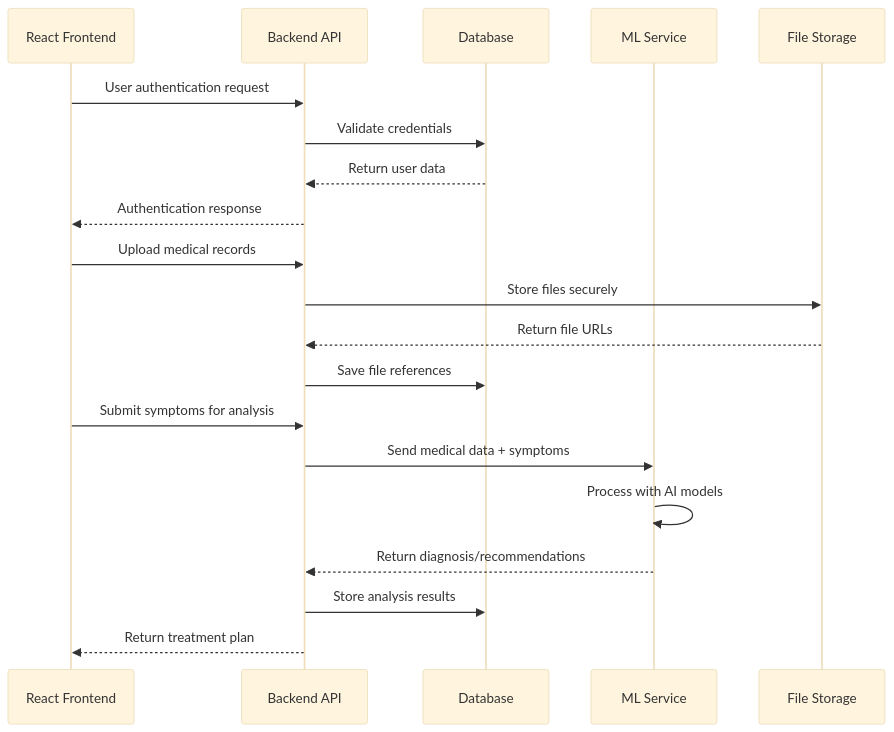
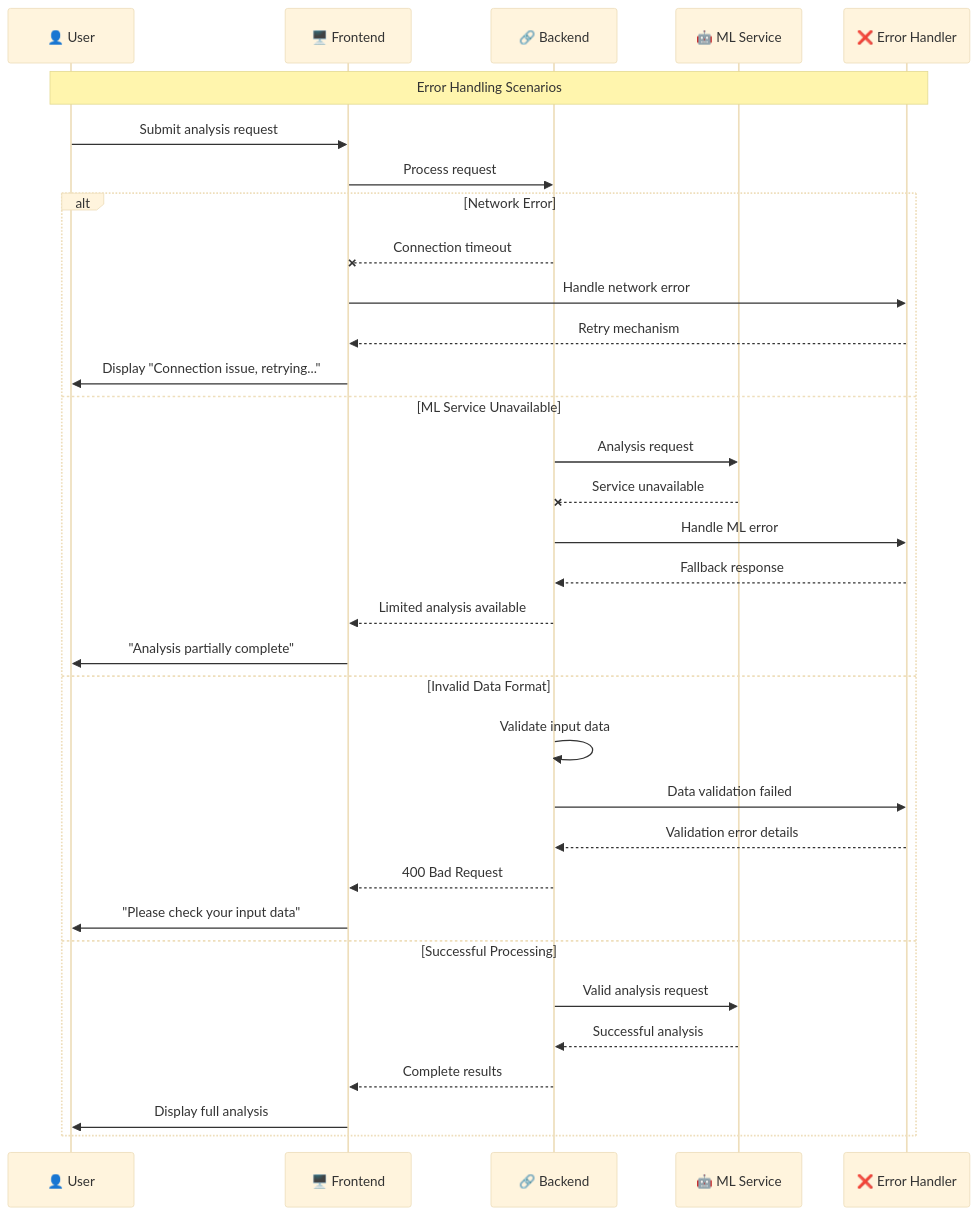
The sixth of 6 diagrams in docs/Sequence_Diagram.md (Shipra1605/health-ai-medicare-compass), drawn with Mermaid (base theme) before and after one commit. The commit also changed other lines of this file and 4 other files, not shown here.

First line of the commit message:
Refactor: Enhance diagrams for academic report

````diff
--- a/docs/Sequence_Diagram.md
+++ b/docs/Sequence_Diagram.md
@@ -85,25 +243,41 @@
 ```mermaid
 sequenceDiagram
-    participant UI as React Frontend
-    participant API as Backend API
-    participant DB as Database
-    participant ML as ML Service
-    participant FS as File Storage
+    participant U as 👤 User
+    participant FE as 🖥️ Frontend
+    participant API as 🔗 Backend
+    participant ML as 🤖 ML Service
+    participant ER as ❌ Error Handler
 
-    UI->>API: User authentication request
-    API->>DB: Validate credentials
-    DB-->>API: Return user data
-    API-->>UI: Authentication response
+    Note over U,ER: Error Handling Scenarios
     
-    UI->>API: Upload medical records
-    API->>FS: Store files securely
-    FS-->>API: Return file URLs
-    API->>DB: Save file references
+    U->>FE: Submit analysis request
+    FE->>API: Process request
     
-    UI->>API: Submit symptoms for analysis
-    API->>ML: Send medical data + symptoms
-    ML->>ML: Process with AI models
-    ML-->>API: Return diagnosis/recommendations
-    API->>DB: Store analysis results
-    API-->>UI: Return treatment plan
+    alt Network Error
+        API--xFE: Connection timeout
+        FE->>ER: Handle network error
+        ER-->>FE: Retry mechanism
+        FE->>U: Display "Connection issue, retrying..."
+        
+    else ML Service Unavailable
+        API->>ML: Analysis request
+        ML--xAPI: Service unavailable
+        API->>ER: Handle ML error
+        ER-->>API: Fallback response
+        API-->>FE: Limited analysis available
+        FE->>U: "Analysis partially complete"
+        
+    else Invalid Data Format
+        API->>API: Validate input data
+        API->>ER: Data validation failed
+        ER-->>API: Validation error details
+        API-->>FE: 400 Bad Request
+        FE->>U: "Please check your input data"
+        
+    else Successful Processing
+        API->>ML: Valid analysis request
+        ML-->>API: Successful analysis
+        API-->>FE: Complete results
+        FE->>U: Display full analysis
+    end
 ```
````
